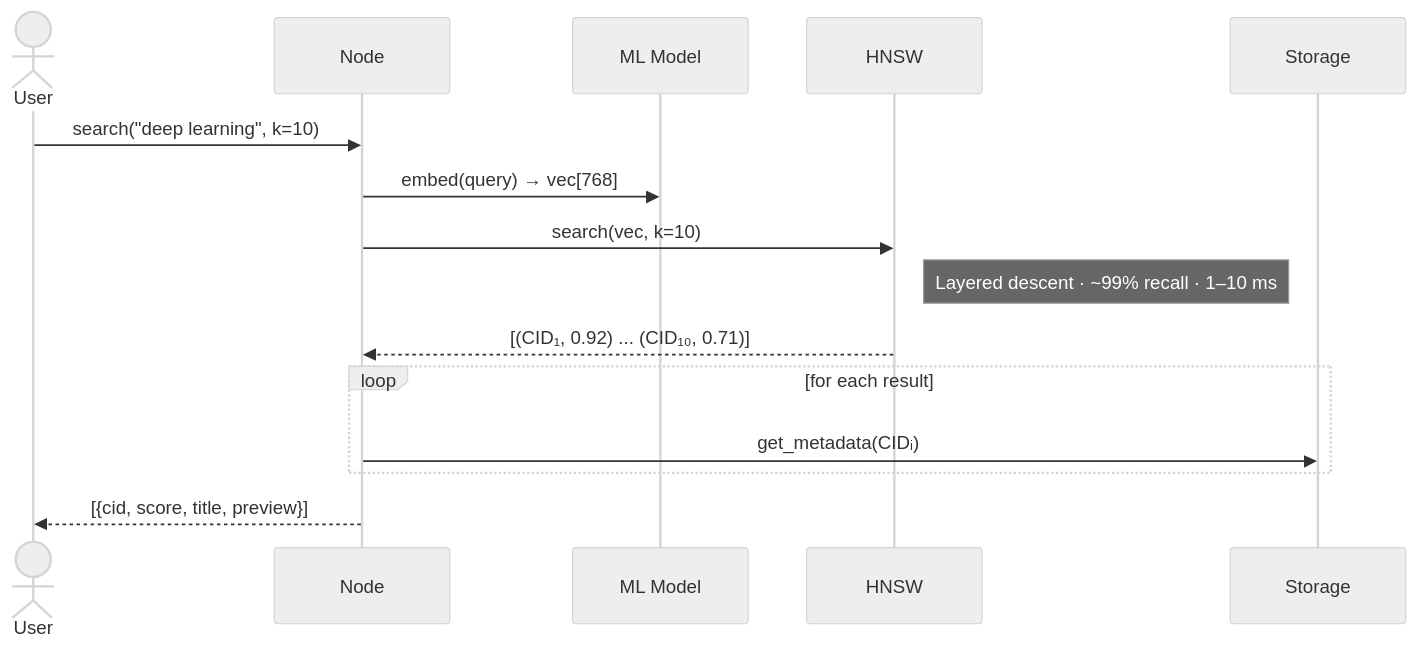
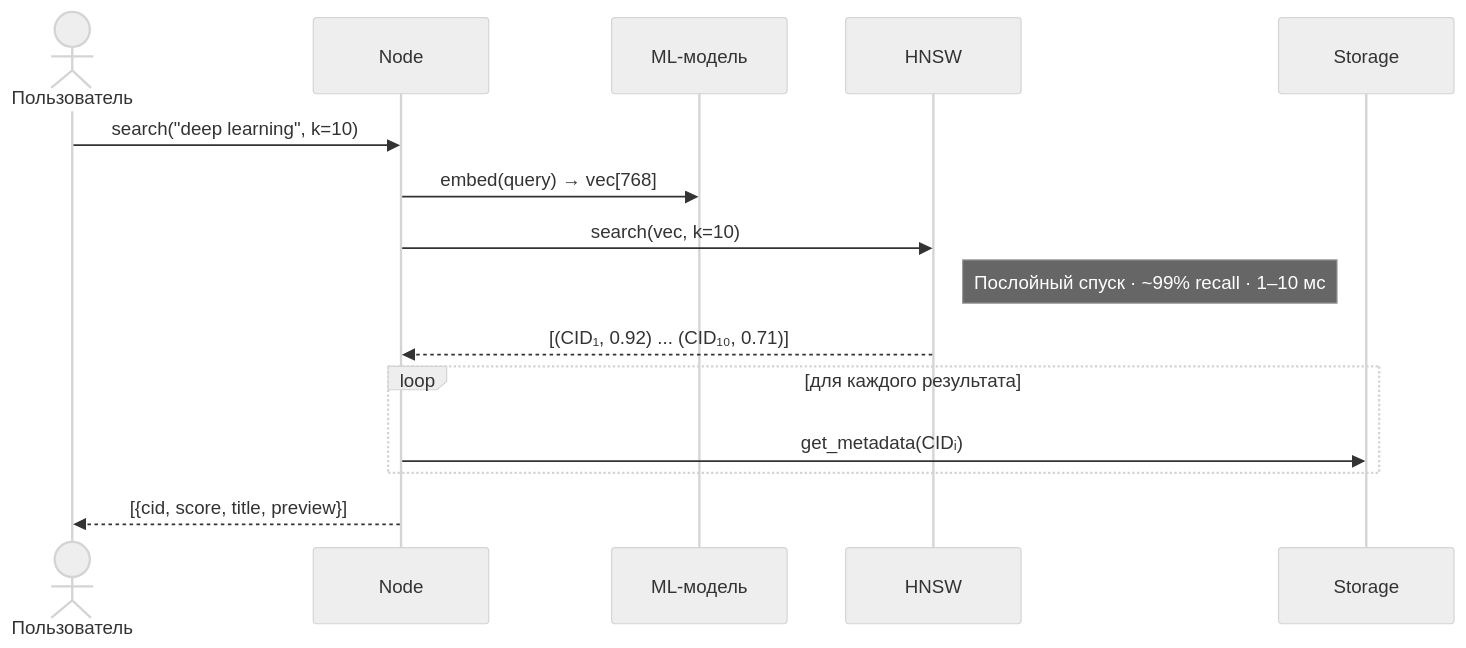
Before and after one commit to yunusovt983-art/ipfrs-ai: the fifth of 8 diagrams in README.md, drawn with Mermaid (neutral theme). The commit also changed other lines of this file, not shown here.

First line of the commit message:
docs: Translate README to Russian + add architecture docs table

````diff
--- a/README.md
+++ b/README.md
@@ -133,18 +133,18 @@
 ```mermaid
 sequenceDiagram
-    actor User
+    actor User as Пользователь
     participant Node
-    participant Model as ML Model
+    participant Model as ML-модель
     participant HNSW
     participant Storage
 
     User->>Node: search("deep learning", k=10)
     Node->>Model: embed(query) → vec[768]
     Node->>HNSW: search(vec, k=10)
-    Note right of HNSW: Layered descent · ~99% recall · 1–10 ms
+    Note right of HNSW: Послойный спуск · ~99% recall · 1–10 мс
     HNSW-->>Node: [(CID₁, 0.92) ... (CID₁₀, 0.71)]
-    loop for each result
+    loop для каждого результата
         Node->>Storage: get_metadata(CIDᵢ)
     end
     Node-->>User: [{cid, score, title, preview}]
 ```
````
